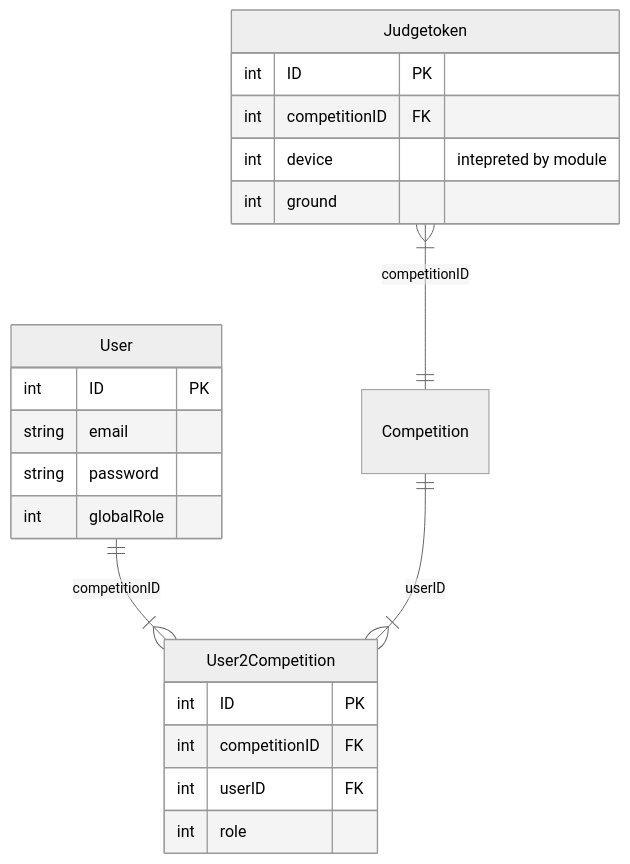
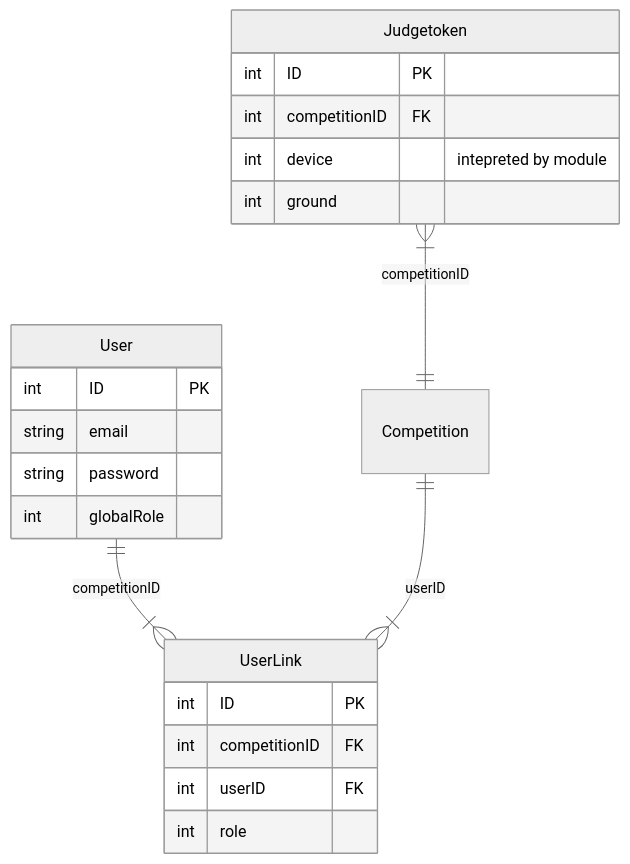
The second of 3 diagrams in docs/DatabaseSchema.md (mathewmeconry/uteg-v2), drawn with Mermaid (neutral theme) before and after one commit. The commit also changed 2 other files, not shown here.

Commit message:
fix(backend): completes user renaming

````diff
--- a/docs/DatabaseSchema.md
+++ b/docs/DatabaseSchema.md
@@ -54,28 +54,28 @@
 ```mermaid
 erDiagram
     User {
         int ID PK
         string email 
         string password
         int globalRole
     }
 
-    User2Competition {
+    UserLink {
         int ID PK
         int competitionID FK
         int userID FK
         int role
     }
 
-    User ||--}| User2Competition: competitionID
-    Competition ||--}| User2Competition: userID
+    User ||--}| UserLink: competitionID
+    Competition ||--}| UserLink: userID
 
     Judgetoken {
         int ID PK
         int competitionID FK
         int device "intepreted by module"
         int ground
     }
     
     Judgetoken |{--|| Competition: competitionID
 ```
````
